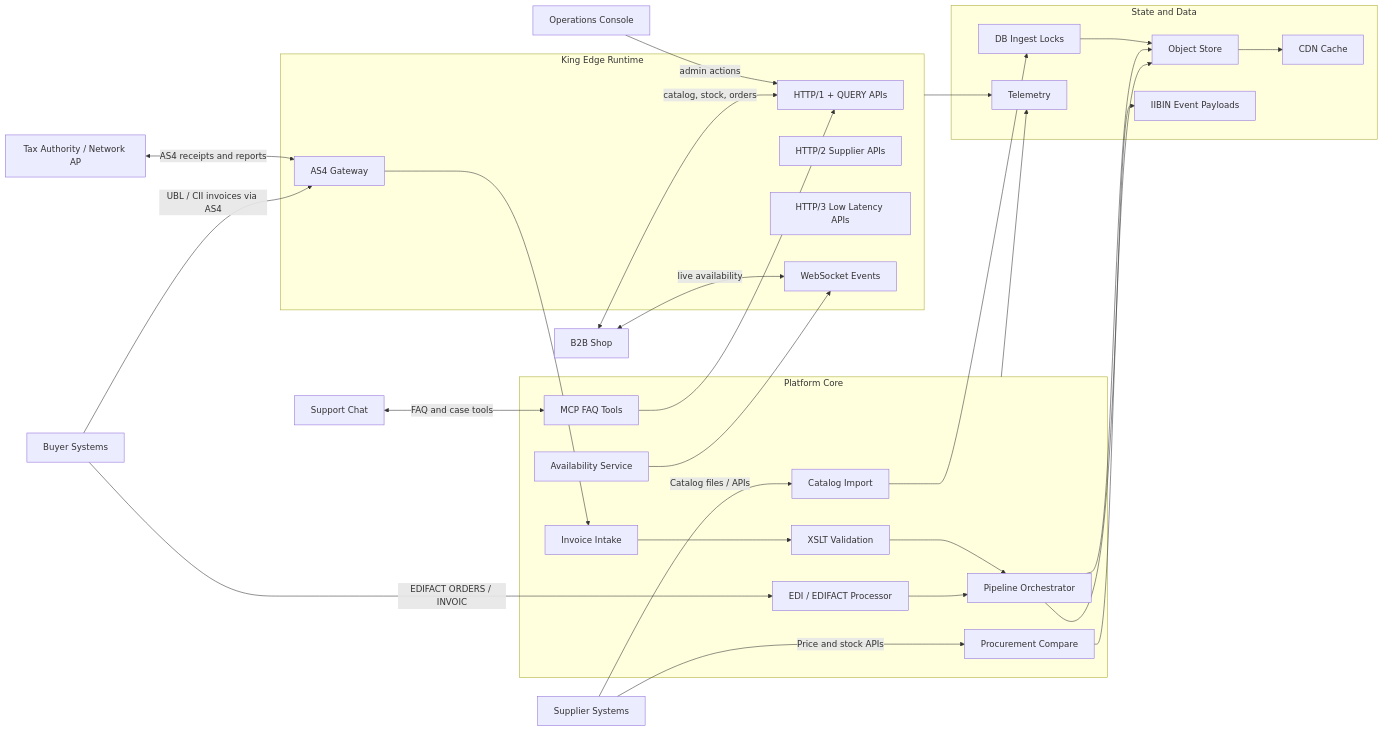
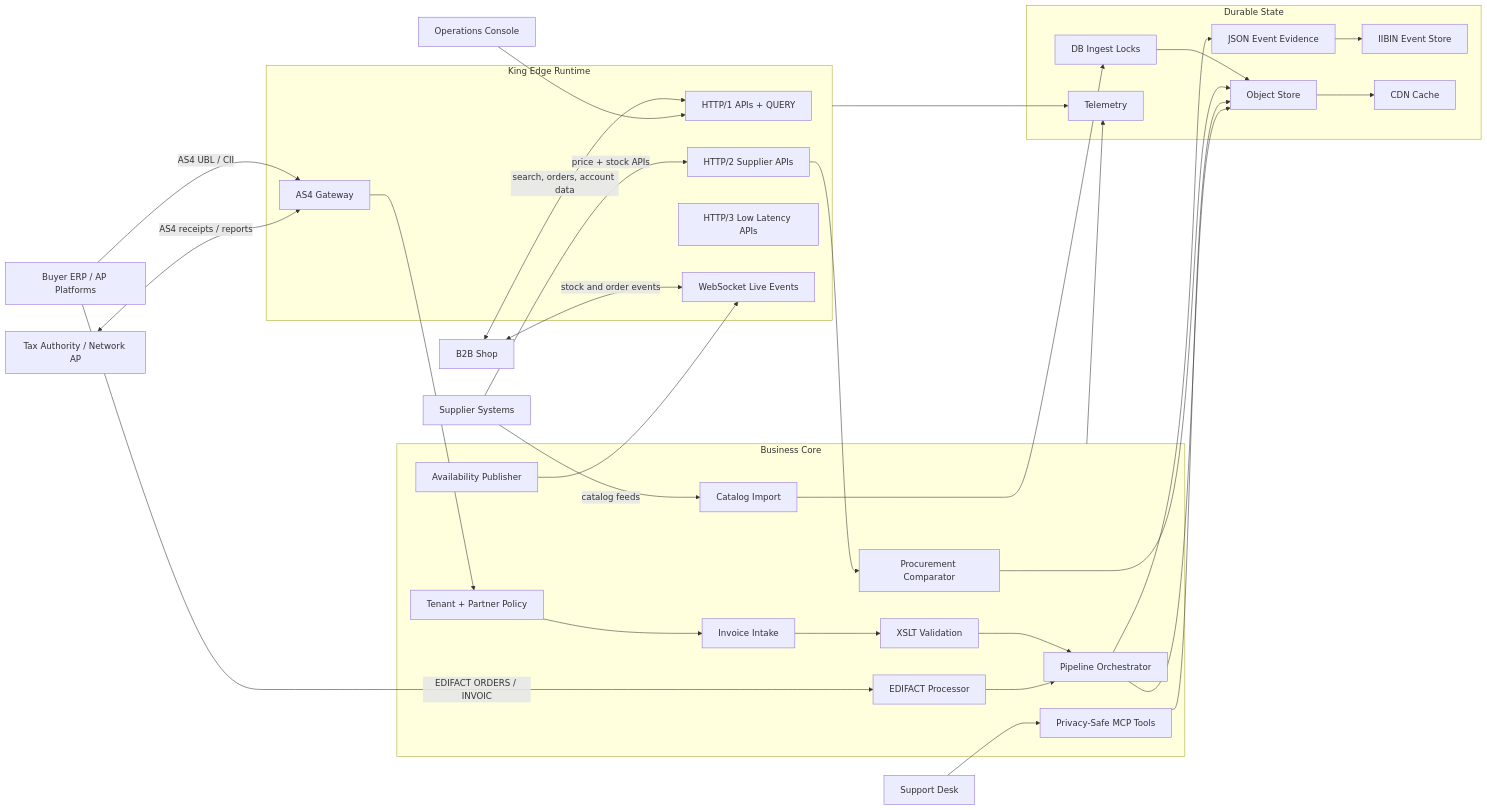
One commit to Intelligent-Intern/king changed the first of 12 diagrams in docs/e-invoicing-commerce-platform.md. Above: the diagram before and after it, drawn with Mermaid. The commit also changed other lines of this file and 67 other files, not shown here.

````diff
--- a/docs/e-invoicing-commerce-platform.md
+++ b/docs/e-invoicing-commerce-platform.md
@@ -19,61 +27,59 @@
 ```mermaid
 flowchart LR
-    Buyer[Buyer Systems]
-    Supplier[Supplier Systems]
-    Tax[Tax Authority / Network AP]
+    Buyers[Buyer ERP / AP Platforms]
+    Suppliers[Supplier Systems]
+    Authority[Tax Authority / Network AP]
     Shop[B2B Shop]
-    Support[Support Chat]
+    Support[Support Desk]
     Ops[Operations Console]
 
     subgraph Edge["King Edge Runtime"]
-        H1[HTTP/1 + QUERY APIs]
+        H1[HTTP/1 APIs + QUERY]
         H2[HTTP/2 Supplier APIs]
         H3[HTTP/3 Low Latency APIs]
-        WS[WebSocket Events]
+        WS[WebSocket Live Events]
         AS4[AS4 Gateway]
     end
 
-    subgraph Core["Platform Core"]
-        EDI[EDI / EDIFACT Processor]
-        INV[Invoice Intake]
-        XSLT[XSLT Validation]
-        CAT[Catalog Import]
-        AVAIL[Availability Service]
-        PROC[Procurement Compare]
-        FAQ[MCP FAQ Tools]
-        ORCH[Pipeline Orchestrator]
+    subgraph Core["Business Core"]
+        Policy[Tenant + Partner Policy]
+        EDI[EDIFACT Processor]
+        Intake[Invoice Intake]
+        Validation[XSLT Validation]
+        Catalog[Catalog Import]
+        Availability[Availability Publisher]
+        Procurement[Procurement Comparator]
+        SupportTools[Privacy-Safe MCP Tools]
+        Orchestrator[Pipeline Orchestrator]
     end
 
-    subgraph State["State and Data"]
-        DBI[DB Ingest Locks]
-        OBJ[Object Store]
+    subgraph State["Durable State"]
+        Objects[Object Store]
+        Locks[DB Ingest Locks]
+        JsonEvents[JSON Event Evidence]
+        IibinEvents[IIBIN Event Store]
         CDN[CDN Cache]
-        IIBIN[IIBIN Event Payloads]
-        TEL[Telemetry]
+        Telemetry[Telemetry]
     end
 
-    Buyer -->|EDIFACT ORDERS / INVOIC| EDI
-    Buyer -->|UBL / CII invoices via AS4| AS4
-    Supplier -->|Catalog files / APIs| CAT
-    Supplier -->|Price and stock APIs| PROC
-    Tax <-->|AS4 receipts and reports| AS4
-    Shop <-->|catalog, stock, orders| H1
-    Shop <-->|live availability| WS
-    Support <-->|FAQ and case tools| FAQ
-    Ops -->|admin actions| H1
+    Buyers -->|AS4 UBL / CII| AS4
+    Buyers -->|EDIFACT ORDERS / INVOIC| EDI
+    Suppliers -->|catalog feeds| Catalog
+    Suppliers -->|price + stock APIs| H2
+    Authority <-->|AS4 receipts / reports| AS4
+    Shop <-->|search, orders, account data| H1
+    Shop <-->|stock and order events| WS
+    Support --> SupportTools
+    Ops --> H1
 
-    AS4 --> INV
-    EDI --> ORCH
-    INV --> XSLT
-    XSLT --> ORCH
-    CAT --> DBI
-    AVAIL --> WS
-    PROC --> OBJ
-    FAQ --> H1
-    ORCH --> IIBIN
-    ORCH --> OBJ
-    DBI --> OBJ
-    OBJ --> CDN
-    Core --> TEL
-    Edge --> TEL
+    AS4 --> Policy --> Intake --> Validation --> Orchestrator
+    EDI --> Orchestrator
+    Catalog --> Locks --> Objects --> CDN
+    H2 --> Procurement --> Objects
+    Availability --> WS
+    SupportTools --> Objects
+    Orchestrator --> JsonEvents --> IibinEvents
+    Orchestrator --> Objects
+    Edge --> Telemetry
+    Core --> Telemetry
 ```
````
